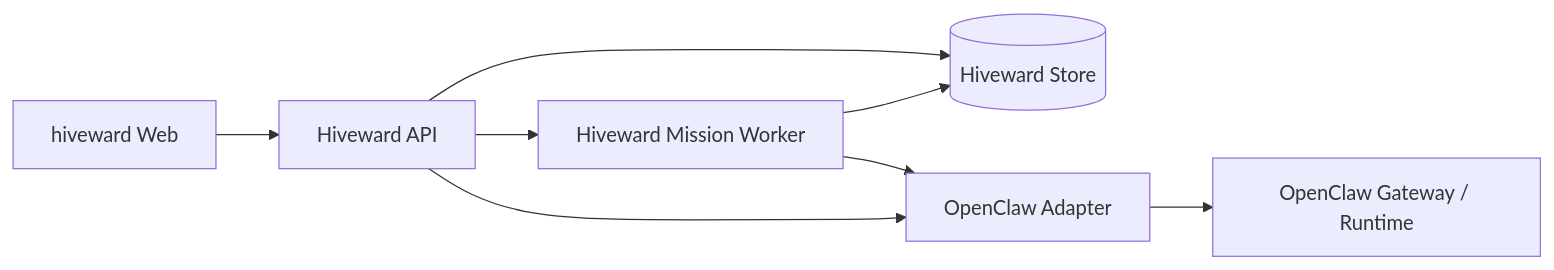
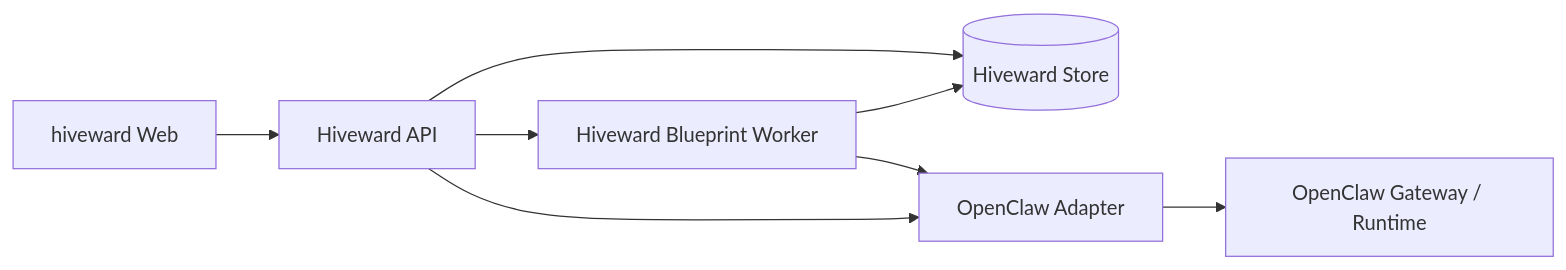
The diagram in docs/ARCHITECTURE.md (aaa2828338/HiveWard), drawn with Mermaid before and after one commit. The commit also changed other lines of this file and 35 other files, not shown here.

````diff
--- a/docs/ARCHITECTURE.md
+++ b/docs/ARCHITECTURE.md
@@ -17,17 +17,17 @@
 ```mermaid
 graph LR
   Web[hiveward Web]
   API[Hiveward API]
   DB[(Hiveward Store)]
-  Worker[Hiveward Mission Worker]
+  Worker[Hiveward Blueprint Worker]
   Adapter[OpenClaw Adapter]
   OC[OpenClaw Gateway / Runtime]
 
   Web --> API
   API --> DB
   API --> Worker
   Worker --> DB
   Worker --> Adapter
   API --> Adapter
   Adapter --> OC
 ```
````
